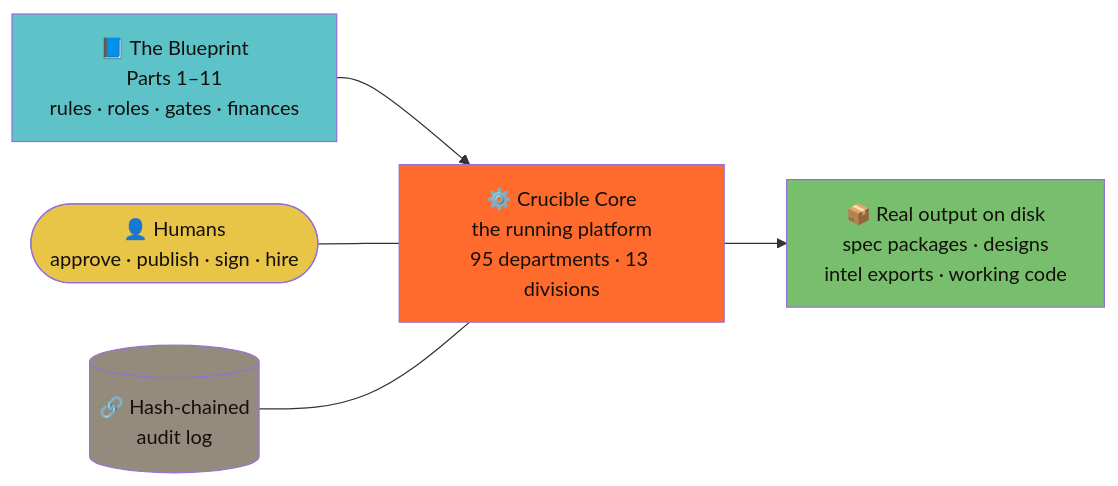
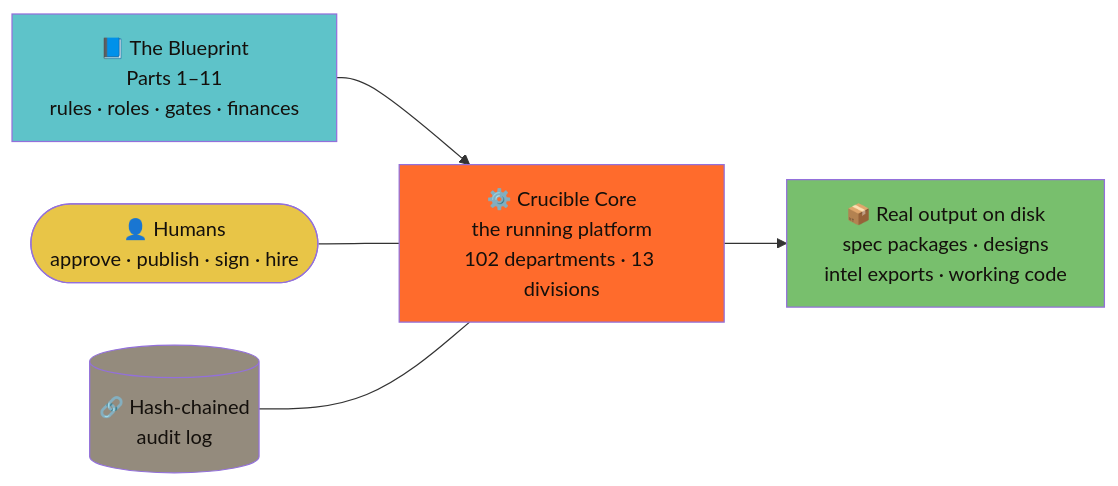
One commit to itzzexe/ALPHACORE changed the diagram in README.md. Above: the diagram before and after it, drawn with Mermaid. The commit also changed other lines of this file and 21 other files, not shown here.

````diff
--- a/README.md
+++ b/README.md
@@ -9,12 +9,12 @@
 ```mermaid
 flowchart LR
-  BP["📘 The Blueprint<br/>Parts 1–11<br/>rules · roles · gates · finances"] --> CORE["⚙️ Crucible Core<br/>the running platform<br/>95 departments · 13 divisions"]
+  BP["📘 The Blueprint<br/>Parts 1–11<br/>rules · roles · gates · finances"] --> CORE["⚙️ Crucible Core<br/>the running platform<br/>102 departments · 13 divisions"]
   CORE --> OUT["📦 Real output on disk<br/>spec packages · designs<br/>intel exports · working code"]
   HUM(["👤 Humans<br/>approve · publish · sign · hire"]) --- CORE
   AUD[("🔗 Hash-chained<br/>audit log")] --- CORE
   style BP fill:#5ec3c9,color:#14100c
   style CORE fill:#ff6b2c,color:#14100c
   style OUT fill:#78bf6d,color:#14100c
   style HUM fill:#e8c547,color:#14100c
   style AUD fill:#948b7d,color:#14100c
 ```
````
